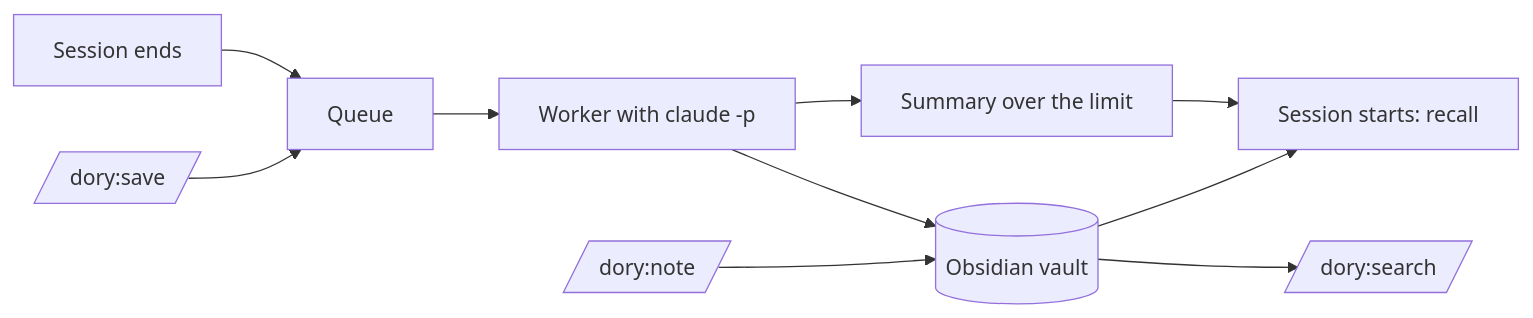
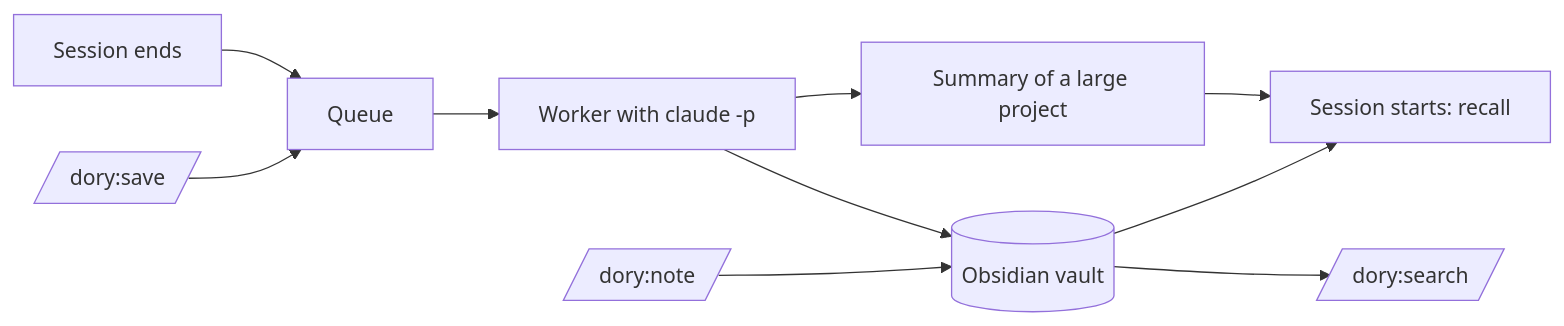
The diagram in README.md (cheorges/dory), drawn with Mermaid before and after one commit. The commit also changed other lines of this file and 6 other files, not shown here.

````diff
--- a/README.md
+++ b/README.md
@@ -95,12 +162,12 @@
 ```mermaid
 flowchart LR
     End[Session ends] --> Queue[Queue]
     Save[/dory:save/] --> Queue
     Queue --> Worker[Worker with claude -p]
     Worker --> Vault[(Obsidian vault)]
-    Worker --> Summary[Summary over the limit]
+    Worker --> Summary[Summary of a large project]
     Note[/dory:note/] --> Vault
     Summary --> Start[Session starts: recall]
     Vault --> Start
     Vault --> Search[/dory:search/]
 ```
````
